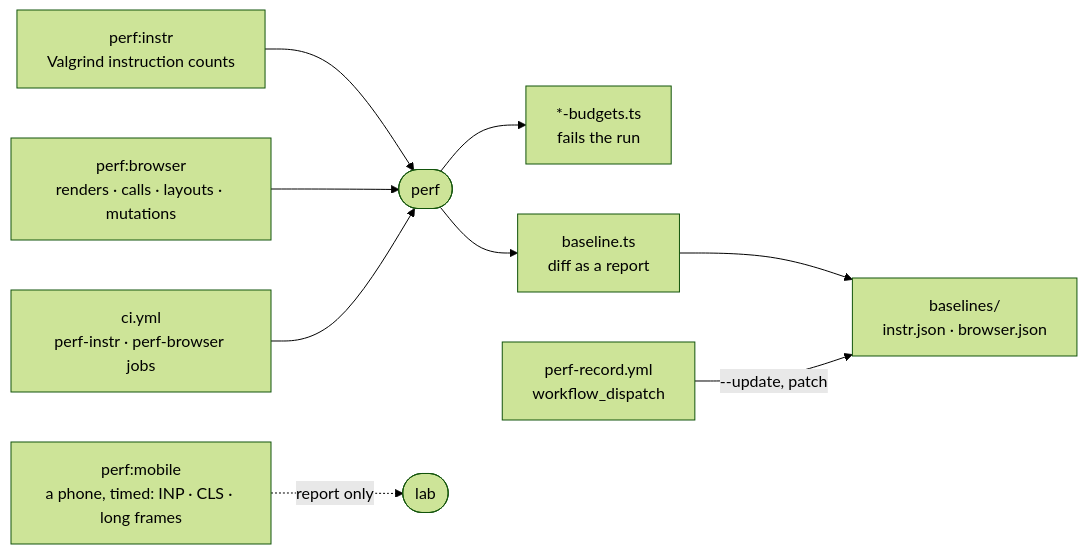
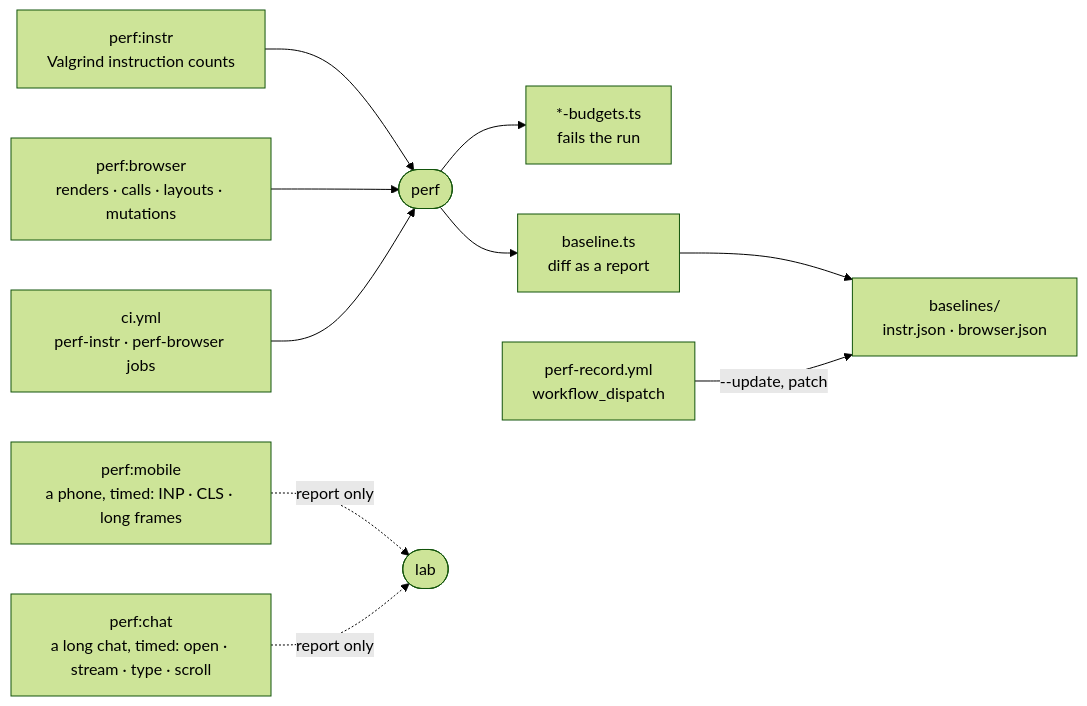
The diagram in _tools/perf/README.md (intentic/intentic), drawn with Mermaid (forest theme) before and after one commit. The commit also changed other lines of this file and 38 other files, not shown here.

First line of the commit message:
perf(chat): window paneTurns with TRANSCRIPT_PARKED, transcriptScan, and REALIZE_MOST warmup cap

````diff
--- a/_tools/perf/README.md
+++ b/_tools/perf/README.md
@@ -5,11 +5,12 @@
 ```mermaid
 flowchart LR
     instr["perf:instr<br/>Valgrind instruction counts"] --> perf(["perf"])
     browser["perf:browser<br/>renders · calls · layouts · mutations"] --> perf
     mobile["perf:mobile<br/>a phone, timed: INP · CLS · long frames"] -.->|"report only"| lab(["lab"])
+    chat["perf:chat<br/>a long chat, timed: open · stream · type · scroll"] -.->|"report only"| lab
     perf --> budgets["*-budgets.ts<br/>fails the run"]
     perf --> judge["baseline.ts<br/>diff as a report"]
     judge --> files["baselines/<br/>instr.json · browser.json"]
     ci["ci.yml<br/>perf-instr · perf-browser jobs"] --> perf
     record["perf-record.yml<br/>workflow_dispatch"] -->|"--update, patch"| files
 ```
````
